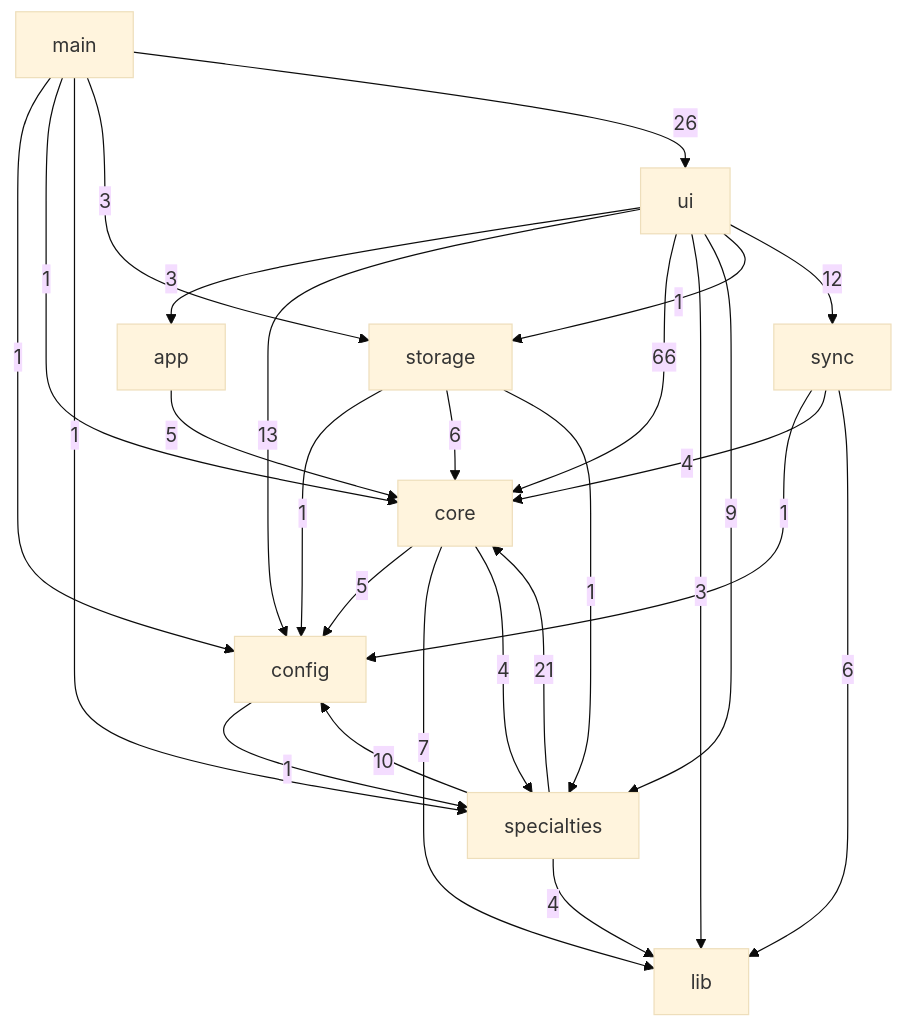
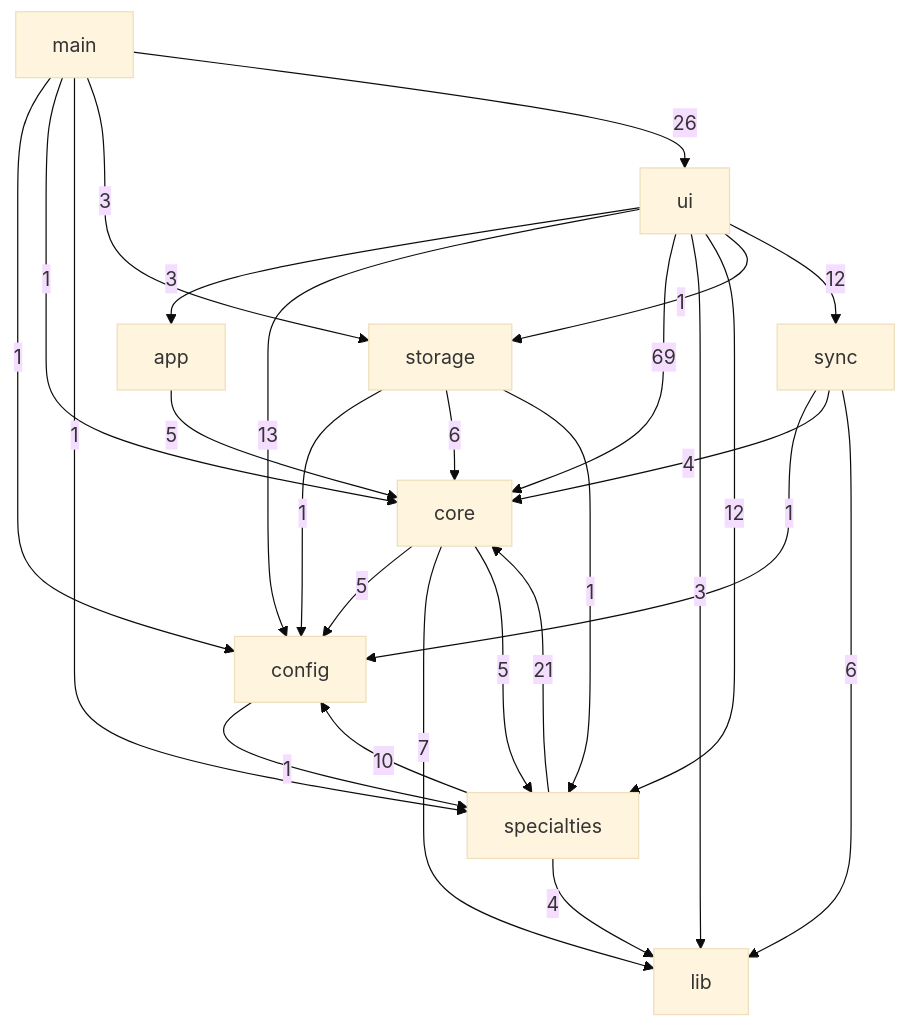
Before and after one commit to DanielOpazoD/rondahhroftalmologia: the diagram in docs/DEPENDENCIAS.md, drawn with Mermaid (base theme). The commit also changed other lines of this file and 22 other files, not shown here.

````diff
--- a/docs/DEPENDENCIAS.md
+++ b/docs/DEPENDENCIAS.md
@@ -27,29 +27,29 @@
 ```mermaid
 flowchart TD
   app -->|5| core
   config -->|1| specialties
   core -->|5| config
   core -->|7| lib
-  core -->|4| specialties
+  core -->|5| specialties
   main -->|1| config
   main -->|1| core
   main -->|1| specialties
   main -->|3| storage
   main -->|26| ui
   specialties -->|10| config
   specialties -->|21| core
   specialties -->|4| lib
   storage -->|1| config
   storage -->|6| core
   storage -->|1| specialties
   sync -->|1| config
   sync -->|4| core
   sync -->|6| lib
   ui -->|3| app
   ui -->|13| config
-  ui -->|66| core
+  ui -->|69| core
   ui -->|3| lib
-  ui -->|9| specialties
+  ui -->|12| specialties
   ui -->|1| storage
   ui -->|12| sync
 ```
````
